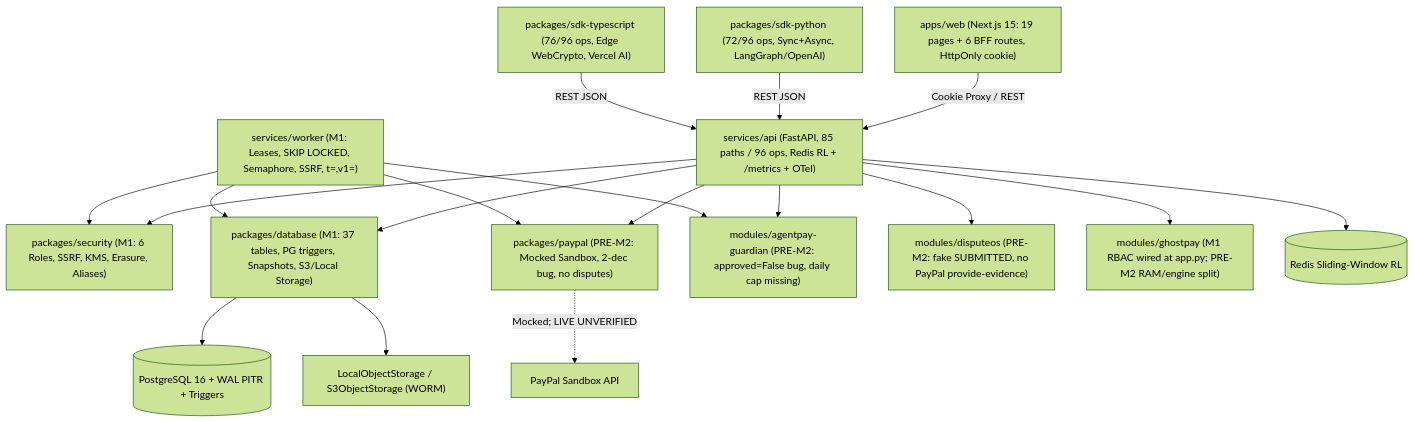
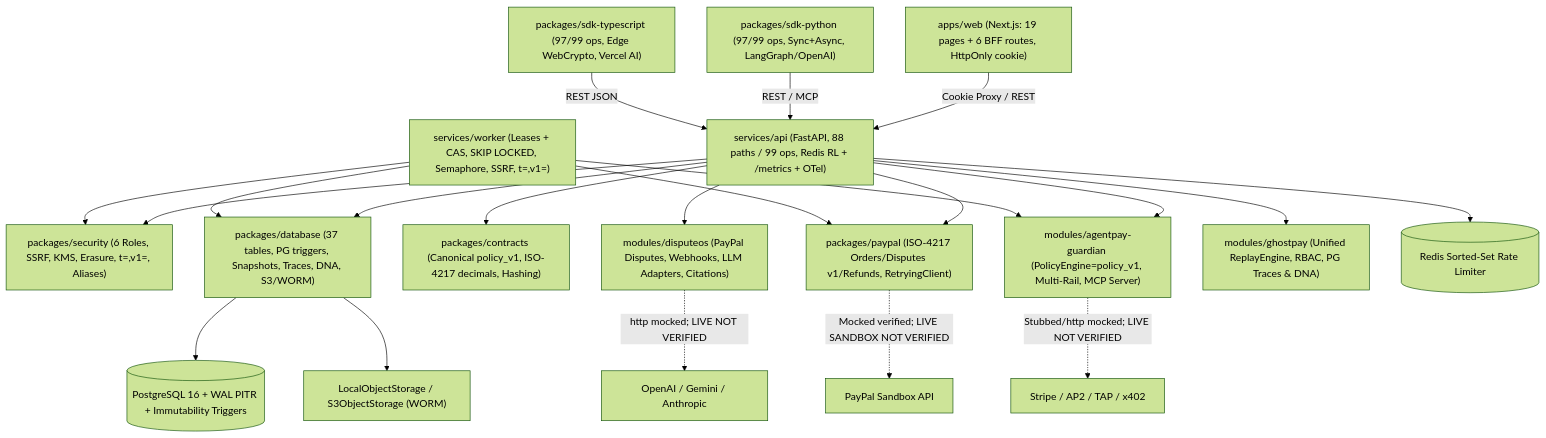
One commit to abhinav29102005/aegis changed the diagram in aegis-production-audit/01_REPOSITORY_AND_ARCHITECTURE_AUDIT.md. Above: the diagram before and after it, drawn with Mermaid (forest theme). The commit also changed other lines of this file and 39 other files, not shown here.

````diff
--- a/aegis-production-audit/01_REPOSITORY_AND_ARCHITECTURE_AUDIT.md
+++ b/aegis-production-audit/01_REPOSITORY_AND_ARCHITECTURE_AUDIT.md
@@ -45,23 +46,26 @@
 ```mermaid
 flowchart TD
-    WEB["apps/web (Next.js 15: 19 pages + 6 BFF routes, HttpOnly cookie)"] -->|Cookie Proxy / REST| API["services/api (FastAPI, 85 paths / 96 ops, Redis RL + /metrics + OTel)"]
-    SDKPY["packages/sdk-python (72/96 ops, Sync+Async, LangGraph/OpenAI)"] -->|REST JSON| API
-    SDKTS["packages/sdk-typescript (76/96 ops, Edge WebCrypto, Vercel AI)"] -->|REST JSON| API
+    WEB["apps/web (Next.js: 19 pages + 6 BFF routes, HttpOnly cookie)"] -->|Cookie Proxy / REST| API["services/api (FastAPI, 88 paths / 99 ops, Redis RL + /metrics + OTel)"]
+    SDKPY["packages/sdk-python (97/99 ops, Sync+Async, LangGraph/OpenAI)"] -->|REST / MCP| API
+    SDKTS["packages/sdk-typescript (97/99 ops, Edge WebCrypto, Vercel AI)"] -->|REST JSON| API
 
-    API --> SEC["packages/security (M1: 6 Roles, SSRF, KMS, Erasure, Aliases)"]
-    API --> DB["packages/database (M1: 37 tables, PG triggers, Snapshots, S3/Local Storage)"]
-    API --> PP["packages/paypal (PRE-M2: Mocked Sandbox, 2-dec bug, no disputes)"]
-    API --> GUARD["modules/agentpay-guardian (PRE-M2: approved=False bug, daily cap missing)"]
-    API --> DISP["modules/disputeos (PRE-M2: fake SUBMITTED, no PayPal provide-evidence)"]
-    API --> GHOST["modules/ghostpay (M1 RBAC wired at app.py; PRE-M2 RAM/engine split)"]
+    API --> SEC["packages/security (6 Roles, SSRF, KMS, Erasure, t=,v1=, Aliases)"]
+    API --> DB["packages/database (37 tables, PG triggers, Snapshots, Traces, DNA, S3/WORM)"]
+    API --> CTR["packages/contracts (Canonical policy_v1, ISO-4217 decimals, Hashing)"]
+    API --> PP["packages/paypal (ISO-4217 Orders/Disputes v1/Refunds, RetryingClient)"]
+    API --> GUARD["modules/agentpay-guardian (PolicyEngine=policy_v1, Multi-Rail, MCP Server)"]
+    API --> DISP["modules/disputeos (PayPal Disputes, Webhooks, LLM Adapters, Citations)"]
+    API --> GHOST["modules/ghostpay (Unified ReplayEngine, RBAC, PG Traces & DNA)"]
 
-    WRK["services/worker (M1: Leases, SKIP LOCKED, Semaphore, SSRF, t=,v1=)"] --> DB
+    WRK["services/worker (Leases + CAS, SKIP LOCKED, Semaphore, SSRF, t=,v1=)"] --> DB
     WRK --> GUARD
     WRK --> PP
     WRK --> SEC
 
-    DB --> PG[("PostgreSQL 16 + WAL PITR + Triggers")]
-    API --> REDIS[("Redis Sliding-Window RL")]
+    DB --> PG[("PostgreSQL 16 + WAL PITR + Immutability Triggers")]
+    API --> REDIS[("Redis Sorted-Set Rate Limiter")]
     DB --> OBJ["LocalObjectStorage / S3ObjectStorage (WORM)"]
-    PP -.->|"Mocked; LIVE UNVERIFIED"| PPSBX["PayPal Sandbox API"]
+    PP -.->|"Mocked verified; LIVE SANDBOX NOT VERIFIED"| PPSBX["PayPal Sandbox API"]
+    GUARD -.->|"Stubbed/http mocked; LIVE NOT VERIFIED"| RAILS["Stripe / AP2 / TAP / x402"]
+    DISP -.->|"http mocked; LIVE NOT VERIFIED"| LLMS["OpenAI / Gemini / Anthropic"]
 ```
````
